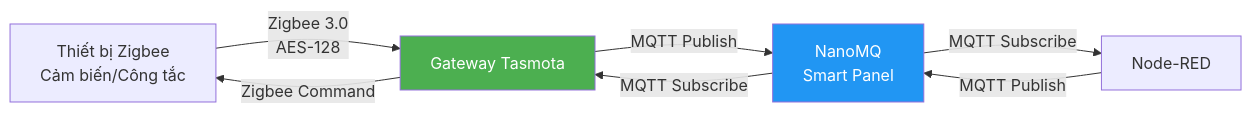
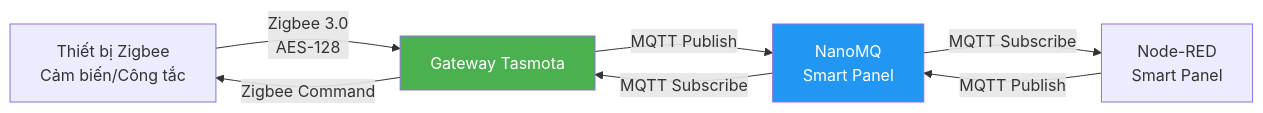
One commit to huongvn/HLCFEOS changed the third of 8 diagrams in slides/02-techstack.md. Above: the diagram before and after it, drawn with Mermaid. The commit also changed other lines of this file and 4 other files, not shown here.

````diff
--- a/slides/02-techstack.md
+++ b/slides/02-techstack.md
@@ -105,12 +103,12 @@
 ```mermaid
 graph LR
     A[Thiết bị Zigbee<br/>Cảm biến/Công tắc] -->|Zigbee 3.0<br/>AES-128| B[Gateway Tasmota]
     B -->|MQTT Publish| C[NanoMQ<br/>Smart Panel]
-    C -->|MQTT Subscribe| D[Node-RED]
+    C -->|MQTT Subscribe| D[Node-RED<br/>Smart Panel]
     D -->|MQTT Publish| C
     C -->|MQTT Subscribe| B
     B -->|Zigbee Command| A
     
     style B fill:#4CAF50,color:#fff
     style C fill:#2196F3,color:#fff
 ```
````
